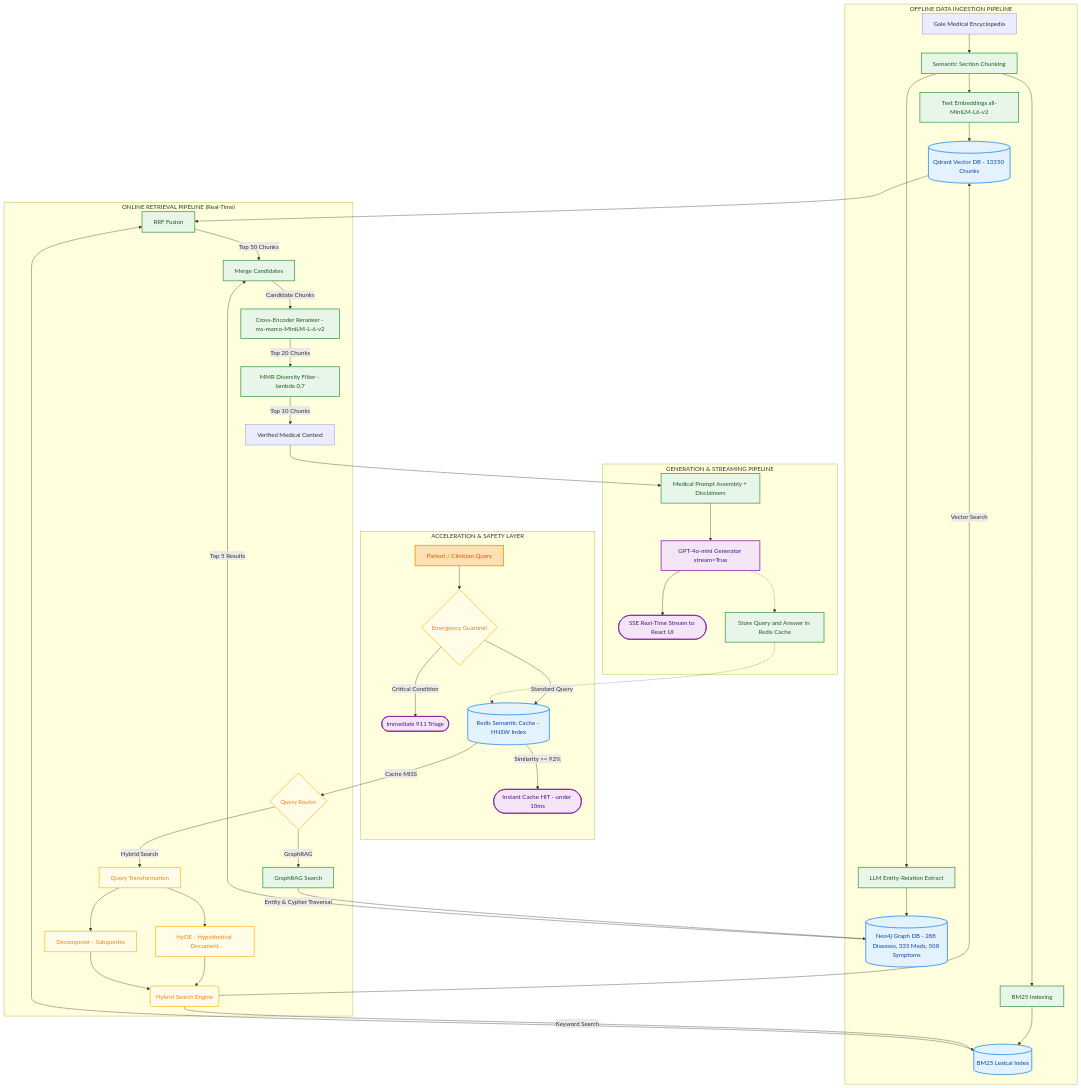
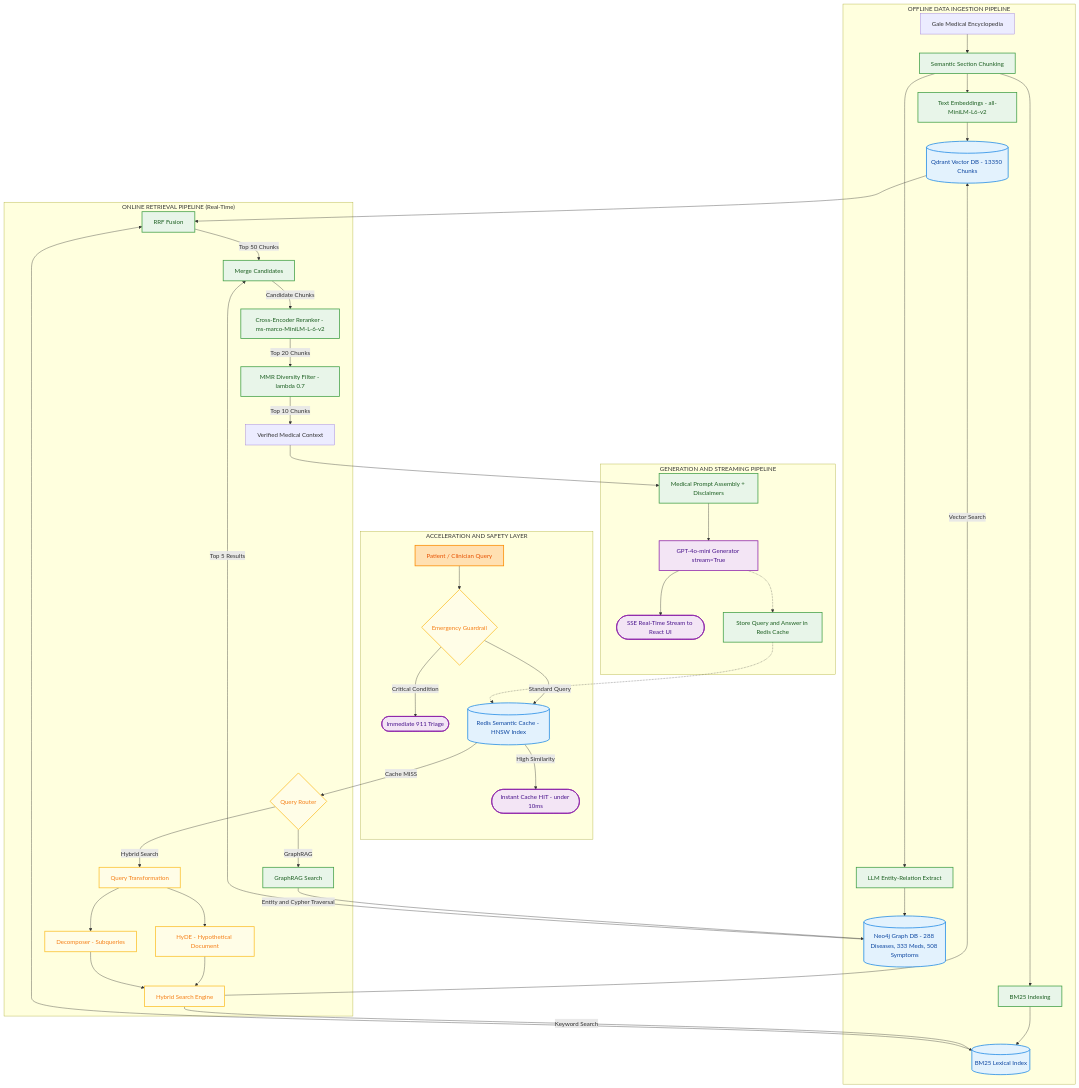
One commit to BaoNguyenz/End-to-end-Medical-Ai-Chatbox changed the diagram in README.md. Above: the diagram before and after it, drawn with Mermaid.

Commit message:
fix(docs): clean Mermaid edge labels and unchain dotted lines for GitHub parser

````diff
--- a/README.md
+++ b/README.md
@@ -50,67 +50,73 @@
 ```mermaid
 flowchart TD
     %% Theme Styling
-    classDef storage fill:#e3f2fd,stroke:#1e88e5,stroke-width:2px,color:#0d47a1;
-    classDef action fill:#e8f5e9,stroke:#43a047,stroke-width:2px,color:#1b5e20;
-    classDef routing fill:#fffde7,stroke:#fbc02d,stroke-width:2px,color:#f57f17;
-    classDef input fill:#ffe0b2,stroke:#fb8c00,stroke-width:2px,color:#e65100;
-    classDef output fill:#f3e5f5,stroke:#8e24aa,stroke-width:2px,color:#4a148c;
+    classDef storage fill:#e3f2fd,stroke:#1e88e5,stroke-width:2px,color:#0d47a1
+    classDef action fill:#e8f5e9,stroke:#43a047,stroke-width:2px,color:#1b5e20
+    classDef routing fill:#fffde7,stroke:#fbc02d,stroke-width:2px,color:#f57f17
+    classDef input fill:#ffe0b2,stroke:#fb8c00,stroke-width:2px,color:#e65100
+    classDef output fill:#f3e5f5,stroke:#8e24aa,stroke-width:2px,color:#4a148c
 
     subgraph INGESTION ["OFFLINE DATA INGESTION PIPELINE"]
-        Docs[Gale Medical Encyclopedia] --> Chunk[Semantic Section Chunking]
+        Docs["Gale Medical Encyclopedia"] --> Chunk["Semantic Section Chunking"]
         
-        %% Vector & BM25
-        Chunk --> Embed[Text Embeddings all-MiniLM-L6-v2] --> VecDB[(Qdrant Vector DB - 13350 Chunks)]
-        Chunk --> BuildBM25[BM25 Indexing] --> BM25DB[(BM25 Lexical Index)]
+        %% Vector and BM25
+        Chunk --> Embed["Text Embeddings - all-MiniLM-L6-v2"]
+        Embed --> VecDB[("Qdrant Vector DB - 13350 Chunks")]
+        Chunk --> BuildBM25["BM25 Indexing"]
+        BuildBM25 --> BM25DB[("BM25 Lexical Index")]
         
         %% GraphRAG
-        Chunk --> GraphExtract[LLM Entity-Relation Extract] --> GraphDB[(Neo4j Graph DB - 288 Diseases, 333 Meds, 508 Symptoms)]
+        Chunk --> GraphExtract["LLM Entity-Relation Extract"]
+        GraphExtract --> GraphDB[("Neo4j Graph DB - 288 Diseases, 333 Meds, 508 Symptoms")]
     end
 
-    subgraph CACHING ["ACCELERATION & SAFETY LAYER"]
-        Q[Patient / Clinician Query] --> Safety{Emergency Guardrail}
-        Safety -- "Critical Condition" --> EmergAns([Immediate 911 Triage])
-        Safety -- "Standard Query" --> RedisCache[(Redis Semantic Cache - HNSW Index)]
-        RedisCache -- "Similarity >= 92%" --> CacheHit([Instant Cache HIT - under 10ms])
+    subgraph CACHING ["ACCELERATION AND SAFETY LAYER"]
+        Q["Patient / Clinician Query"] --> Safety{"Emergency Guardrail"}
+        Safety --> |Critical Condition| EmergAns(["Immediate 911 Triage"])
+        Safety --> |Standard Query| RedisCache[("Redis Semantic Cache - HNSW Index")]
+        RedisCache --> |High Similarity| CacheHit(["Instant Cache HIT - under 10ms"])
     end
 
     subgraph RETRIEVAL ["ONLINE RETRIEVAL PIPELINE (Real-Time)"]
-        RedisCache -- "Cache MISS" --> Router{Query Router}
+        RedisCache --> |Cache MISS| Router{"Query Router"}
         
         %% Vector / Hybrid
-        Router -- "Hybrid Search" --> QTrans[Query Transformation]
-        QTrans --> HyDE[HyDE - Hypothetical Document]
-        QTrans --> Decompose[Decomposer - Subqueries]
+        Router --> |Hybrid Search| QTrans["Query Transformation"]
+        QTrans --> HyDE["HyDE - Hypothetical Document"]
+        QTrans --> Decompose["Decomposer - Subqueries"]
         
-        HyDE & Decompose --> SearchEngine(Hybrid Search Engine)
+        HyDE --> SearchEngine["Hybrid Search Engine"]
+        Decompose --> SearchEngine
         SearchEngine --> |Vector Search| VecDB
         SearchEngine --> |Keyword Search| BM25DB
         
-        %% Merging & Reranking
-        VecDB & BM25DB --> RRF[RRF Fusion]
-        RRF --> |Top 50 Chunks| Merge[Merge Candidates]
+        %% Merging and Reranking
+        VecDB --> RRF["RRF Fusion"]
+        BM25DB --> RRF
+        RRF --> |Top 50 Chunks| Merge["Merge Candidates"]
 
         %% GraphRAG
-        Router -- "GraphRAG" --> GraphSearch[GraphRAG Search]
-        GraphSearch --> |Entity & Cypher Traversal| GraphDB
+        Router --> |GraphRAG| GraphSearch["GraphRAG Search"]
+        GraphSearch --> |Entity and Cypher Traversal| GraphDB
         GraphDB --> |Top 5 Results| Merge
 
         %% Post-Retrieval Pipeline
-        Merge --> |Candidate Chunks| Rerank[Cross-Encoder Reranker - ms-marco-MiniLM-L-6-v2]
-        Rerank --> |Top 20 Chunks| MMR[MMR Diversity Filter - lambda 0.7]
-        MMR --> |Top 10 Chunks| Context[Verified Medical Context]
+        Merge --> |Candidate Chunks| Rerank["Cross-Encoder Reranker - ms-marco-MiniLM-L-6-v2"]
+        Rerank --> |Top 20 Chunks| MMR["MMR Diversity Filter - lambda 0.7"]
+        MMR --> |Top 10 Chunks| Context["Verified Medical Context"]
     end
 
-    subgraph GENERATION ["GENERATION & STREAMING PIPELINE"]
-        Context --> Assemble[Medical Prompt Assembly + Disclaimers]
-        Assemble --> LLM[GPT-4o-mini Generator stream=True]
-        LLM --> StreamToken([SSE Real-Time Stream to React UI])
-        LLM -.-> StoreCache[Store Query and Answer in Redis Cache] -.-> RedisCache
+    subgraph GENERATION ["GENERATION AND STREAMING PIPELINE"]
+        Context --> Assemble["Medical Prompt Assembly + Disclaimers"]
+        Assemble --> LLM["GPT-4o-mini Generator stream=True"]
+        LLM --> StreamToken(["SSE Real-Time Stream to React UI"])
+        LLM -.-> StoreCache["Store Query and Answer in Redis Cache"]
+        StoreCache -.-> RedisCache
     end
 
-    class VecDB,BM25DB,GraphDB,RedisCache storage;
-    class Chunk,Embed,BuildBM25,GraphExtract,RRF,Rerank,MMR,GraphSearch,Assemble,Merge,StoreCache action;
-    class Router,QTrans,HyDE,Decompose,Safety,SearchEngine routing;
-    class Q input;
-    class LLM,EmergAns,CacheHit,StreamToken output;
+    class VecDB,BM25DB,GraphDB,RedisCache storage
+    class Chunk,Embed,BuildBM25,GraphExtract,RRF,Rerank,MMR,GraphSearch,Assemble,Merge,StoreCache action
+    class Router,QTrans,HyDE,Decompose,Safety,SearchEngine routing
+    class Q input
+    class LLM,EmergAns,CacheHit,StreamToken output
 ```
````
